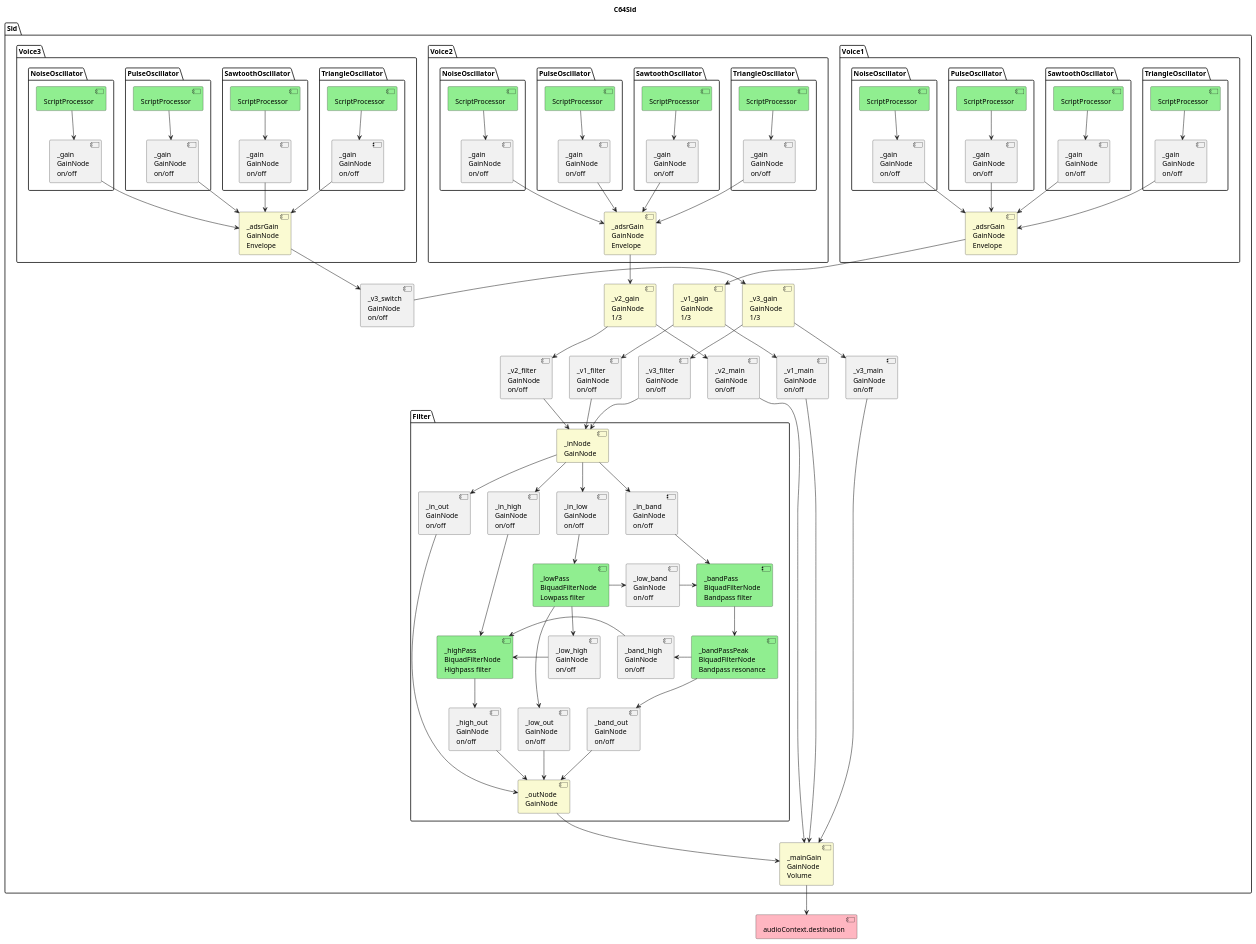
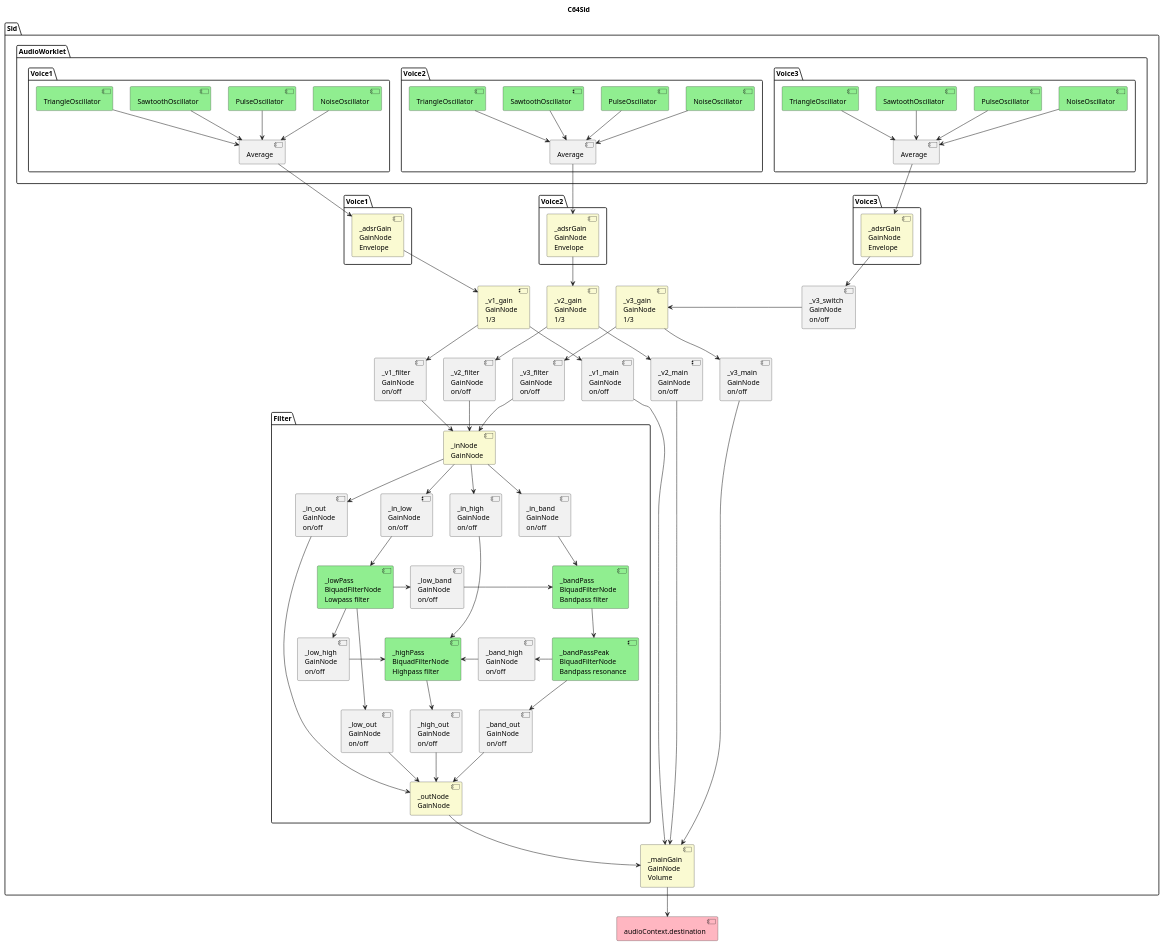
Before and after one commit to stevi84/sid-player: the diagram in C64Sid.puml, drawn with PlantUML. The commit also changed 9 other files, not shown here.

```diff
--- a/C64Sid.puml
+++ b/C64Sid.puml
@@ -3,116 +3,62 @@
 title C64Sid
 
 package Sid {
-  package Voice1 {
-    package TriangleOscillator as Voice1TriangleOscillator {
-      [ScriptProcessor] as Voice1TriangleScriptProcessor #LightGreen
-      [_gain\nGainNode\non/off] as Voice1TriangleGainNode
+  package AudioWorklet {
+    package Voice1 as Voice1SidProcessor {
+      [NoiseOscillator] as Voice1NoiseOscillator #LightGreen
+      [PulseOscillator] as Voice1PulseOscillator #LightGreen
+      [SawtoothOscillator] as Voice1SawtoothOscillator #LightGreen
+      [TriangleOscillator] as Voice1TriangleOscillator #LightGreen
+      [Average] as Voice1Average
 
-      Voice1TriangleScriptProcessor --> Voice1TriangleGainNode
+      Voice1NoiseOscillator --> Voice1Average
+      Voice1PulseOscillator --> Voice1Average
+      Voice1SawtoothOscillator --> Voice1Average
+      Voice1TriangleOscillator --> Voice1Average
     }
 
-    package SawtoothOscillator as Voice1SawtoothOscillator {
-      [ScriptProcessor] as Voice1SawtoothScriptProcessor #LightGreen
-      [_gain\nGainNode\non/off] as Voice1SawtoothGainNode
+    package Voice2 as Voice2SidProcessor {
+      [NoiseOscillator] as Voice2NoiseOscillator #LightGreen
+      [PulseOscillator] as Voice2PulseOscillator #LightGreen
+      [SawtoothOscillator] as Voice2SawtoothOscillator #LightGreen
+      [TriangleOscillator] as Voice2TriangleOscillator #LightGreen
+      [Average] as Voice2Average
 
-      Voice1SawtoothScriptProcessor --> Voice1SawtoothGainNode
+      Voice2NoiseOscillator --> Voice2Average
+      Voice2PulseOscillator --> Voice2Average
+      Voice2SawtoothOscillator --> Voice2Average
+      Voice2TriangleOscillator --> Voice2Average
     }
 
-    package PulseOscillator as Voice1PulseOscillator {
-      [ScriptProcessor] as Voice1PulseScriptProcessor #LightGreen
-      [_gain\nGainNode\non/off] as Voice1PulseGainNode
+    package Voice3 as Voice3SidProcessor {
+      [NoiseOscillator] as Voice3NoiseOscillator #LightGreen
+      [PulseOscillator] as Voice3PulseOscillator #LightGreen
+      [SawtoothOscillator] as Voice3SawtoothOscillator #LightGreen
+      [TriangleOscillator] as Voice3TriangleOscillator #LightGreen
+      [Average] as Voice3Average
 
-      Voice1PulseScriptProcessor --> Voice1PulseGainNode
+      Voice3NoiseOscillator --> Voice3Average
+      Voice3PulseOscillator --> Voice3Average
+      Voice3SawtoothOscillator --> Voice3Average
+      Voice3TriangleOscillator --> Voice3Average
     }
-
-    package NoiseOscillator as Voice1NoiseOscillator {
-      [ScriptProcessor] as Voice1NoiseScriptProcessor #LightGreen
-      [_gain\nGainNode\non/off] as Voice1NoiseGainNode
-
-      Voice1NoiseScriptProcessor --> Voice1NoiseGainNode
-    }
-
-    [_adsrGain\nGainNode\nEnvelope] as Voice1AdsrGain #LightGoldenRodYellow
-
-    Voice1TriangleGainNode --> Voice1AdsrGain
-    Voice1SawtoothGainNode --> Voice1AdsrGain
-    Voice1PulseGainNode --> Voice1AdsrGain
-    Voice1NoiseGainNode --> Voice1AdsrGain
   }
 
+  package Voice1 {
+    [_adsrGain\nGainNode\nEnvelope] as Voice1AdsrGain #LightGoldenRodYellow
+  }
+  
   package Voice2 {
-    package TriangleOscillator as Voice2TriangleOscillator {
-      [ScriptProcessor] as Voice2TriangleScriptProcessor #LightGreen
-      [_gain\nGainNode\non/off] as Voice2TriangleGainNode
-
-      Voice2TriangleScriptProcessor --> Voice2TriangleGainNode
-    }
-
-    package SawtoothOscillator as Voice2SawtoothOscillator {
-      [ScriptProcessor] as Voice2SawtoothScriptProcessor #LightGreen
-      [_gain\nGainNode\non/off] as Voice2SawtoothGainNode
-
-      Voice2SawtoothScriptProcessor --> Voice2SawtoothGainNode
-    }
-
-    package PulseOscillator as Voice2PulseOscillator {
-      [ScriptProcessor] as Voice2PulseScriptProcessor #LightGreen
-      [_gain\nGainNode\non/off] as Voice2PulseGainNode
-
-      Voice2PulseScriptProcessor --> Voice2PulseGainNode
-    }
-
-    package NoiseOscillator as Voice2NoiseOscillator {
-      [ScriptProcessor] as Voice2NoiseScriptProcessor #LightGreen
-      [_gain\nGainNode\non/off] as Voice2NoiseGainNode
-
-      Voice2NoiseScriptProcessor --> Voice2NoiseGainNode
-    }
-
     [_adsrGain\nGainNode\nEnvelope] as Voice2AdsrGain #LightGoldenRodYellow
-
-    Voice2TriangleGainNode --> Voice2AdsrGain
-    Voice2SawtoothGainNode --> Voice2AdsrGain
-    Voice2PulseGainNode --> Voice2AdsrGain
-    Voice2NoiseGainNode --> Voice2AdsrGain
+  }
+  
+  package Voice3 {
+    [_adsrGain\nGainNode\nEnvelope] as Voice3AdsrGain #LightGoldenRodYellow
   }
 
-  package Voice3 {
-    package TriangleOscillator as Voice3TriangleOscillator {
-      [ScriptProcessor] as Voice3TriangleScriptProcessor #LightGreen
-      [_gain\nGainNode\non/off] as Voice3TriangleGainNode
-
-      Voice3TriangleScriptProcessor --> Voice3TriangleGainNode
-    }
-
-    package SawtoothOscillator as Voice3SawtoothOscillator {
-      [ScriptProcessor] as Voice3SawtoothScriptProcessor #LightGreen
-      [_gain\nGainNode\non/off] as Voice3SawtoothGainNode
-
-      Voice3SawtoothScriptProcessor --> Voice3SawtoothGainNode
-    }
-
-    package PulseOscillator as Voice3PulseOscillator {
-      [ScriptProcessor] as Voice3PulseScriptProcessor #LightGreen
-      [_gain\nGainNode\non/off] as Voice3PulseGainNode
-
-      Voice3PulseScriptProcessor --> Voice3PulseGainNode
-    }
-
-    package NoiseOscillator as Voice3NoiseOscillator {
-      [ScriptProcessor] as Voice3NoiseScriptProcessor #LightGreen
-      [_gain\nGainNode\non/off] as Voice3NoiseGainNode
-
-      Voice3NoiseScriptProcessor --> Voice3NoiseGainNode
-    }
-
-    [_adsrGain\nGainNode\nEnvelope] as Voice3AdsrGain #LightGoldenRodYellow
-
-    Voice3TriangleGainNode --> Voice3AdsrGain
-    Voice3SawtoothGainNode --> Voice3AdsrGain
-    Voice3PulseGainNode --> Voice3AdsrGain
-    Voice3NoiseGainNode --> Voice3AdsrGain
-  }
+  Voice1Average --> Voice1AdsrGain
+  Voice2Average --> Voice2AdsrGain
+  Voice3Average --> Voice3AdsrGain
 
   package Filter {
     [_inNode\nGainNode] as FilterInNode #LightGoldenRodYellow
```
